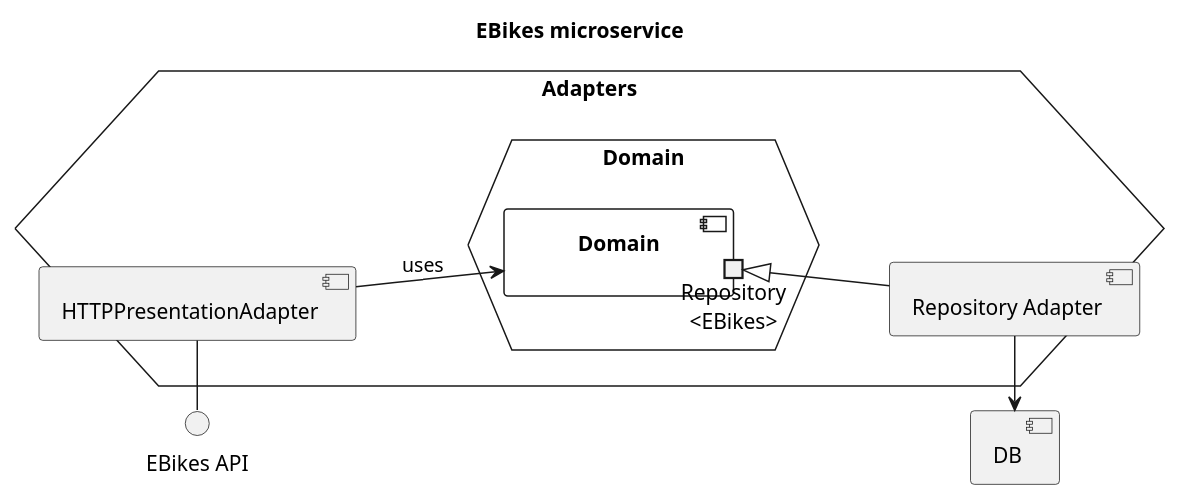
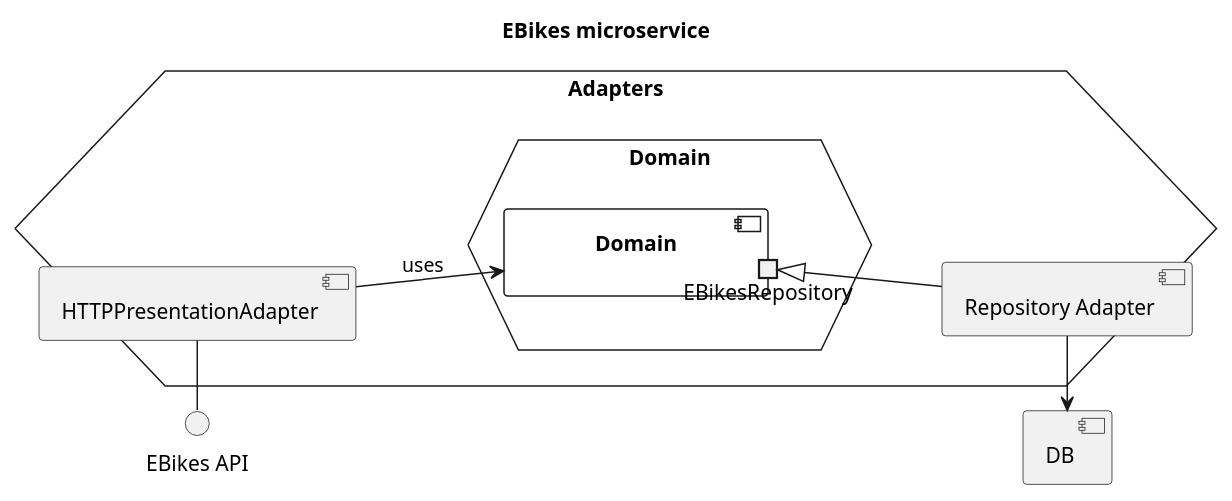
One commit to Ventus218/SAP-assignment-02 changed the diagram in doc/diagrams/src/ebikes-components.puml. Above: the diagram before and after it, drawn with PlantUML. The commit also changed 2 other files, not shown here.

Commit message:
Changed Repository<T> to specific repository names

```diff
--- a/doc/diagrams/src/ebikes-components.puml
+++ b/doc/diagrams/src/ebikes-components.puml
@@ -1,27 +1,27 @@
 @startuml ebikes-components
 
 title "EBikes microservice"
 
 left to right direction
 
 component "DB"
 interface "EBikes API" as EBikesAPI
 
 hexagon Adapters {
     hexagon Domain as DomainHex {
         component Domain {
-            portout "Repository\n<EBikes>" as Repo
+            portout "EBikesRepository" as Repo
 
         }
     }
 
     component "Repository Adapter" as RepoAdapter
     RepoAdapter -u-|> Repo
     RepoAdapter -l-> DB
 
     component "HTTPPresentationAdapter" as HTTPAdapter
     HTTPAdapter -d-> Domain : uses
     HTTPAdapter -l-() EBikesAPI
 }
 
 @enduml
```
